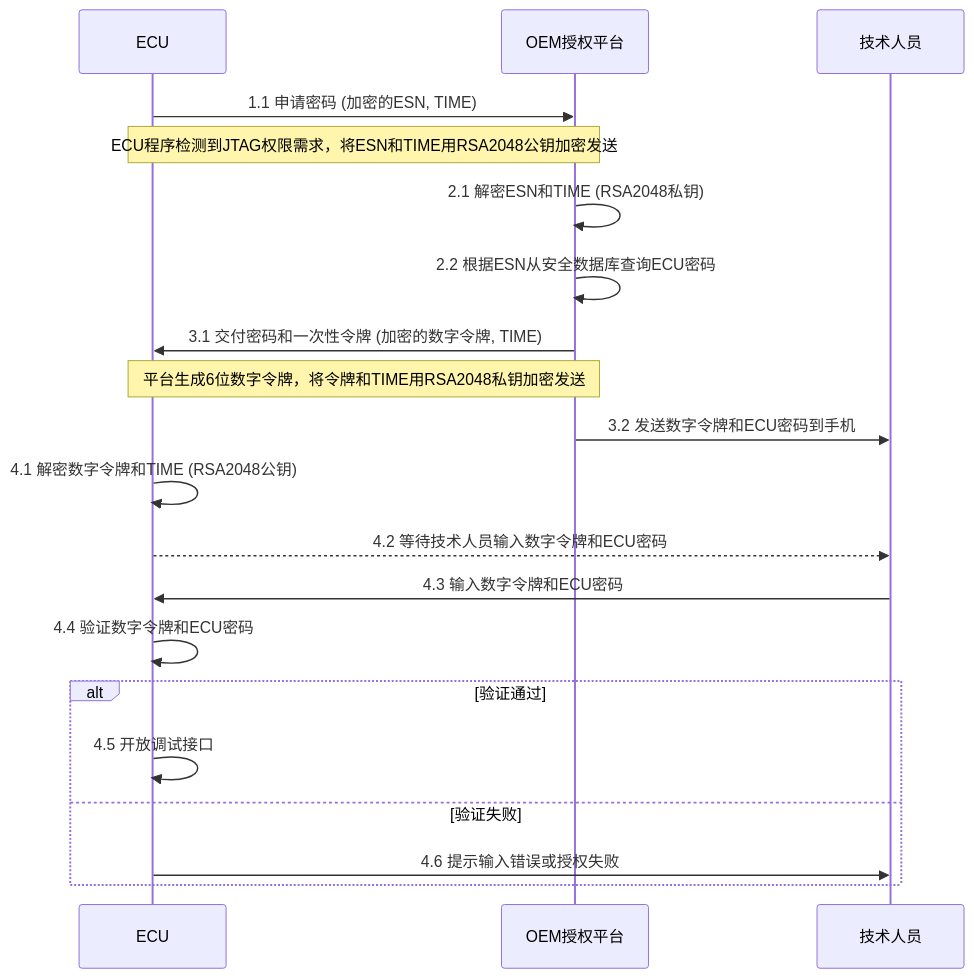
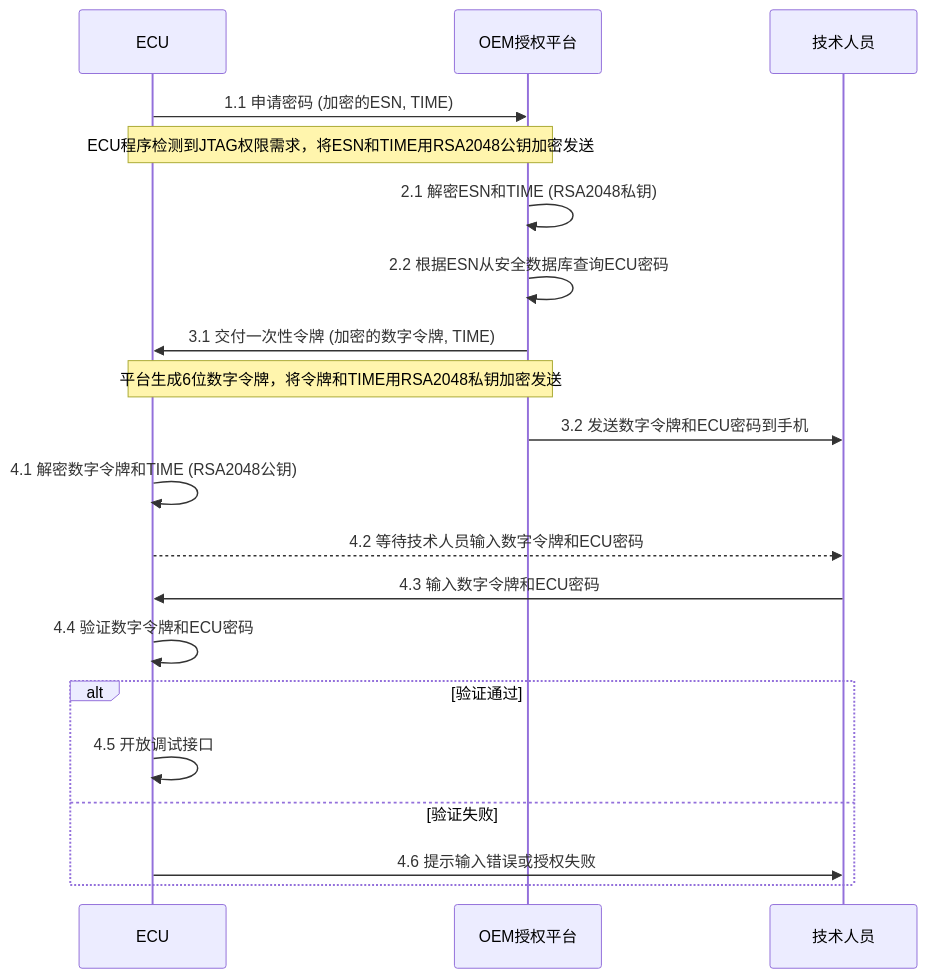
Before and after one commit to facebook-cloud/iodraw-files: the diagram in all/未命名-2.md, drawn with Mermaid.

Commit message:
2025-12-31 17:55:41 update

````diff
--- a/all/未命名-2.md
+++ b/all/未命名-2.md
@@ -1,24 +1,24 @@
 ```mermaid
 sequenceDiagram
     participant ECU
     participant OEM授权平台
     participant 技术人员
 
     ECU->>OEM授权平台: 1.1 申请密码 (加密的ESN, TIME)
     Note over ECU,OEM授权平台: ECU程序检测到JTAG权限需求，将ESN和TIME用RSA2048公钥加密发送
     OEM授权平台->>OEM授权平台: 2.1 解密ESN和TIME (RSA2048私钥)
     OEM授权平台->>OEM授权平台: 2.2 根据ESN从安全数据库查询ECU密码
-    OEM授权平台->>ECU: 3.1 交付密码和一次性令牌 (加密的数字令牌, TIME)
+    OEM授权平台->>ECU: 3.1 交付一次性令牌 (加密的数字令牌, TIME)
     Note over OEM授权平台,ECU: 平台生成6位数字令牌，将令牌和TIME用RSA2048私钥加密发送
     OEM授权平台->>技术人员: 3.2 发送数字令牌和ECU密码到手机
     ECU->>ECU: 4.1 解密数字令牌和TIME (RSA2048公钥)
     ECU-->>技术人员: 4.2 等待技术人员输入数字令牌和ECU密码
     技术人员->>ECU: 4.3 输入数字令牌和ECU密码
     ECU->>ECU: 4.4 验证数字令牌和ECU密码
     alt 验证通过
         ECU->>ECU: 4.5 开放调试接口
     else 验证失败
         ECU->>技术人员: 4.6 提示输入错误或授权失败
     end
 
 ```
````
